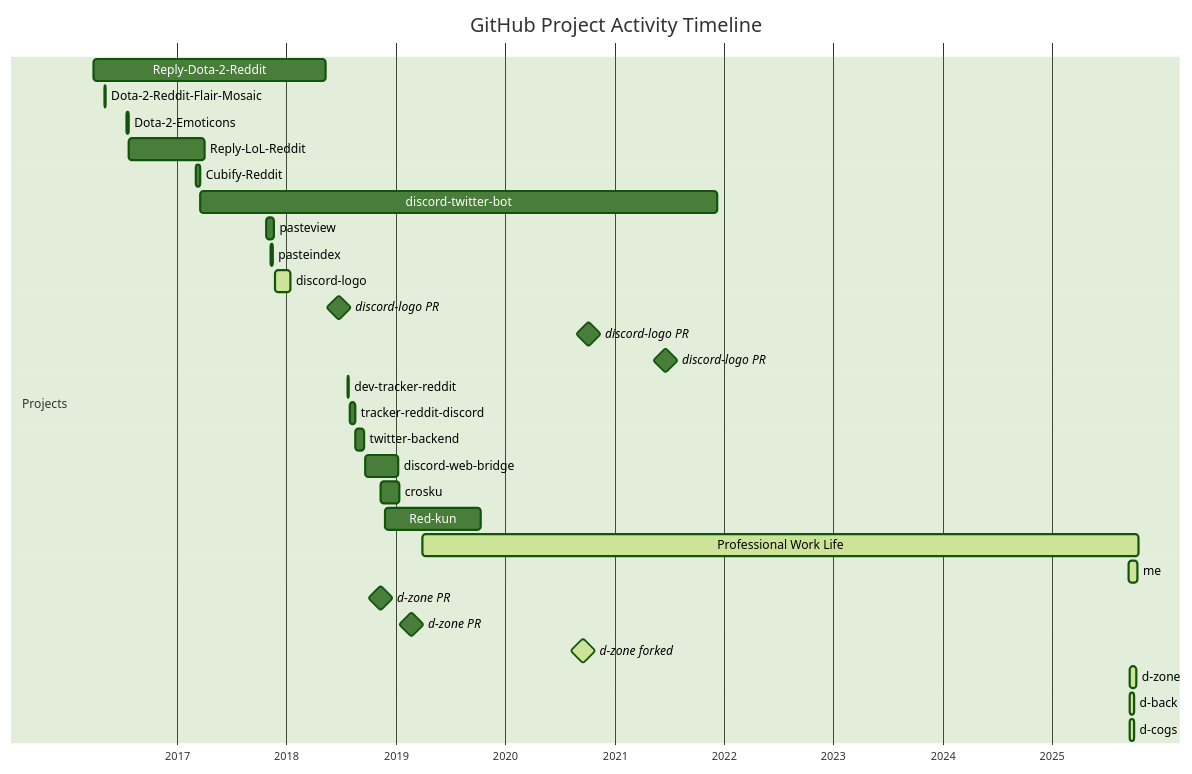
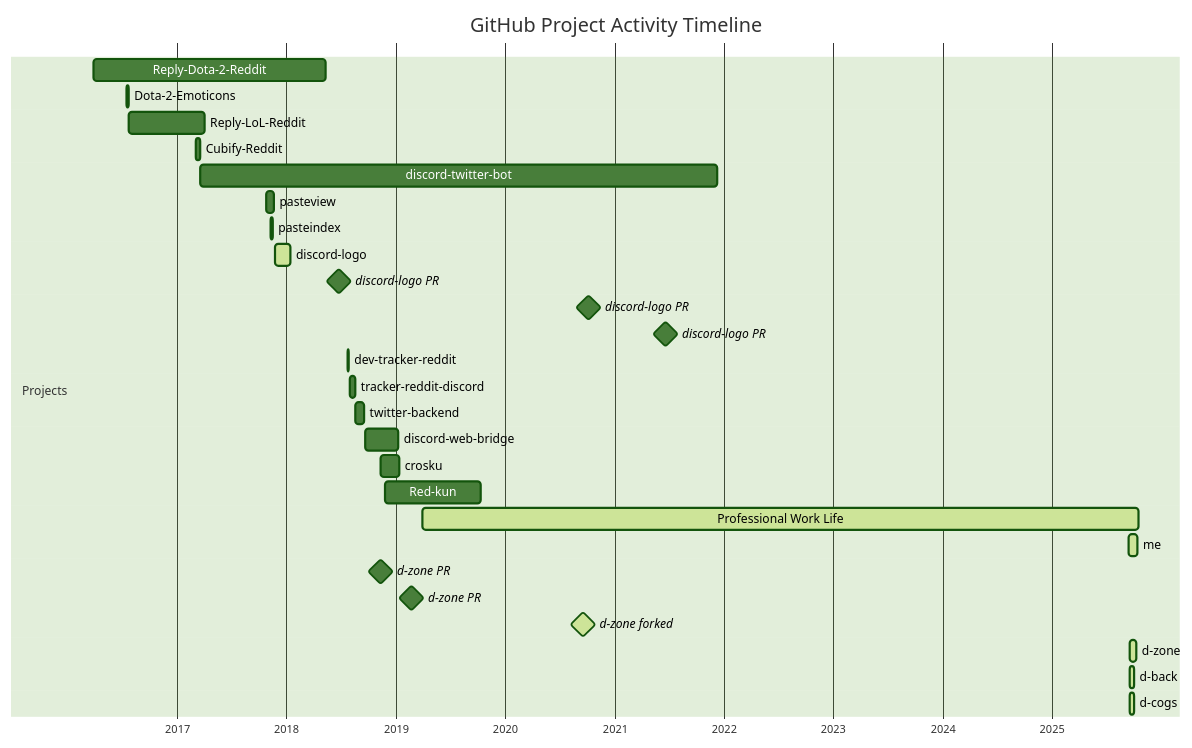
One commit to NNTin/me changed the diagram in _projects/projects.md. Above: the diagram before and after it, drawn with Mermaid (forest theme). The commit also changed other lines of this file and 2 other files, not shown here.

Commit message:
removed git repo, it was impressive to automatically generate a mosaic out of emojis but the work wasn't majorly done by me and I was contributing

```diff
--- a/_projects/projects.md
+++ b/_projects/projects.md
@@ -8,34 +8,33 @@
 <div class="mermaid" id="project-gantt">
 gantt
     title GitHub Project Activity Timeline
     dateFormat  YYYY-MM-DD
     axisFormat  %Y
 
     section Projects
     Reply-Dota-2-Reddit     :rdr, 2016-03-27, 2018-05-10
-    Dota-2-Reddit-Flair-Mosaic :dfm, 2016-05-01, 2016-05-06
     Dota-2-Emoticons        :de, 2016-07-16, 2016-07-21
     Reply-LoL-Reddit        :rlr, 2016-07-24, 2017-04-02
     Cubify-Reddit           :cr, 2017-03-04, 2017-03-19
     discord-twitter-bot     :dtb, 2017-03-20, 2021-12-12
     pasteview               :pv, 2017-10-24, 2017-11-20
     pasteindex              :pi, 2017-11-10, 2017-11-15
     discord-logo            :active, dl, 2017-11-24, 2018-01-14
     discord-logo PR         :milestone, pr1, 2018-06-26, 0d
     discord-logo PR         :milestone, pr2, 2020-10-07, 0d  
     discord-logo PR         :milestone, pr3, 2021-06-20, 0d
     dev-tracker-reddit      :dtr, 2018-07-25, 2018-07-26
     tracker-reddit-discord  :trd, 2018-07-31, 2018-08-17
     twitter-backend         :tb, 2018-08-18, 2018-09-16
     discord-web-bridge      :dwb, 2018-09-20, 2019-01-11
     crosku                  :ck, 2018-11-11, 2019-01-12
     Red-kun                 :rk, 2018-11-27, 2019-10-13
     Professional Work Life  :active, ps, 2019-04-01, until today
     me                      :active, me, 2025-09-14, 2025-10-16
     d-zone PR               :milestone, dz1, 2018-11-11, 0d
     d-zone PR               :milestone, dz2, 2019-02-24, 0d
     d-zone forked           :active, milestone, dz3, 2020-09-19, 0d
     d-zone                  :active, dz, 2025-09-18, 2025-10-10
     d-back                  :active, db, 2025-09-17, 2025-10-05
     d-cogs                  :active, dc, 2025-09-20, 2025-10-05
 </div>
```
